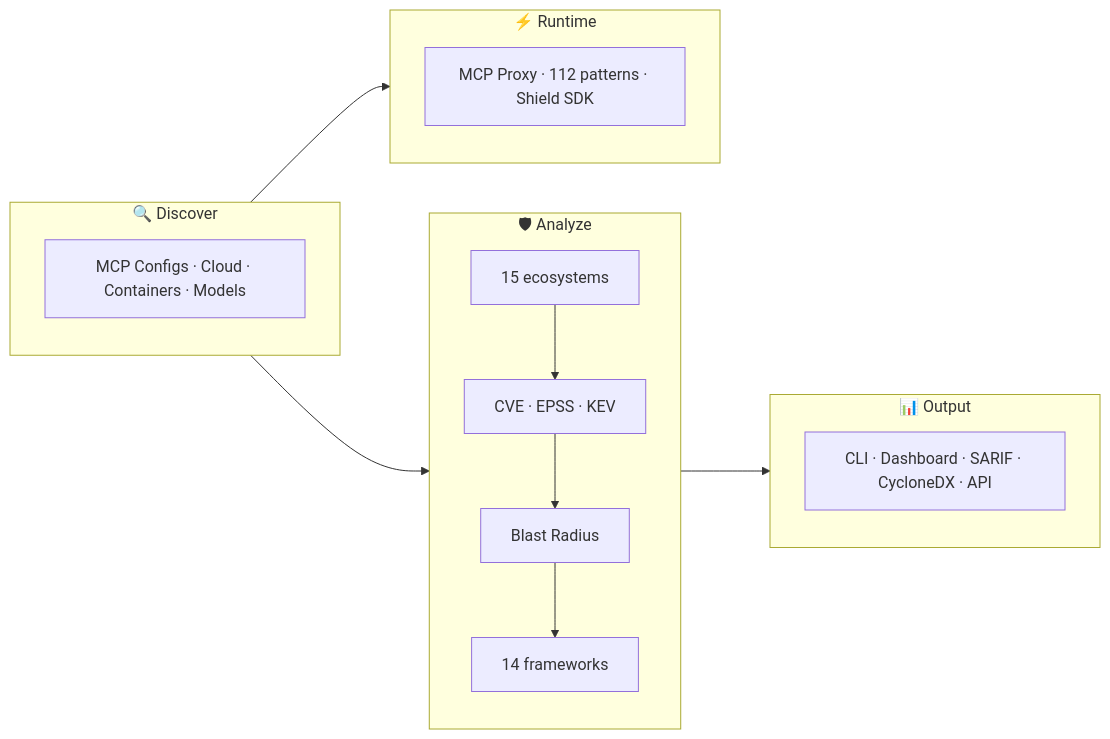
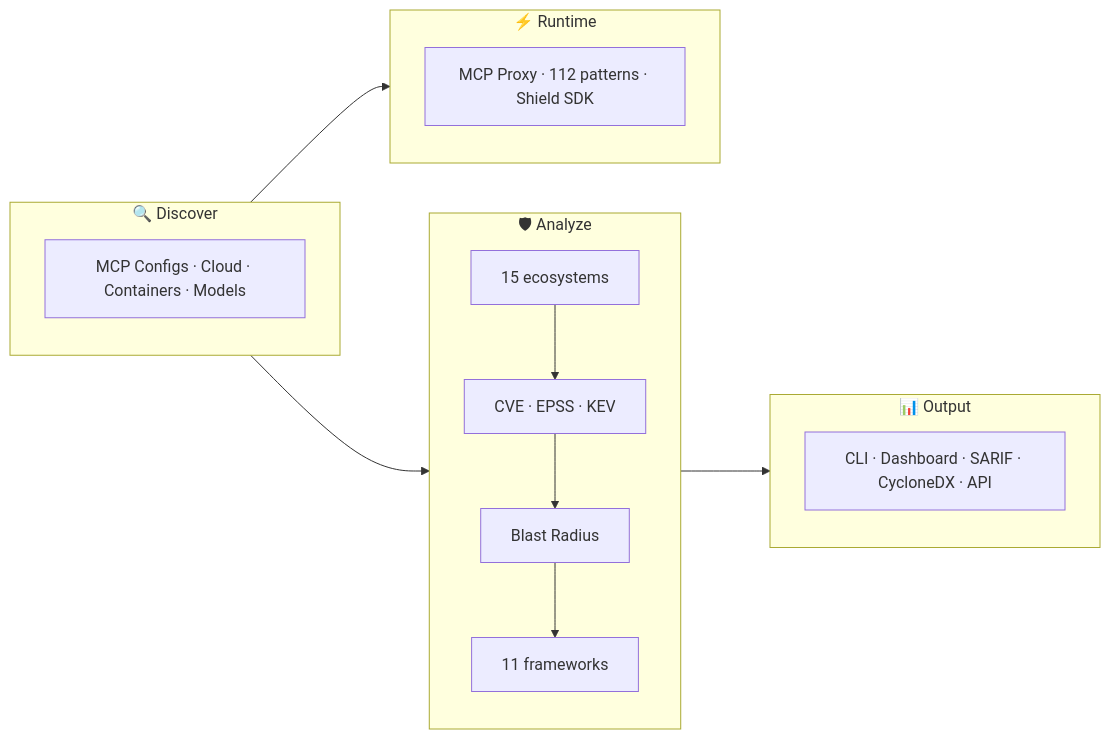
Before and after one commit to msaad00/agent-bom: the fourth of 4 diagrams in README.md, drawn with Mermaid. The commit also changed other lines of this file and 30 other files, not shown here.

````diff
--- a/README.md
+++ b/README.md
@@ -467,17 +464,17 @@
 ```mermaid
 graph LR
     subgraph D["🔍 Discover"]
         D1["MCP Configs · Cloud · Containers · Models"]
     end
     subgraph A["🛡 Analyze"]
-        A1["15 ecosystems"] --> A2["CVE · EPSS · KEV"] --> A3["Blast Radius"] --> A4["14 frameworks"]
+        A1["15 ecosystems"] --> A2["CVE · EPSS · KEV"] --> A3["Blast Radius"] --> A4["11 frameworks"]
     end
     subgraph O["📊 Output"]
         O1["CLI · Dashboard · SARIF · CycloneDX · API"]
     end
     subgraph R["⚡ Runtime"]
         R1["MCP Proxy · 112 patterns · Shield SDK"]
     end
     D --> A --> O
     D --> R
 ```
````
